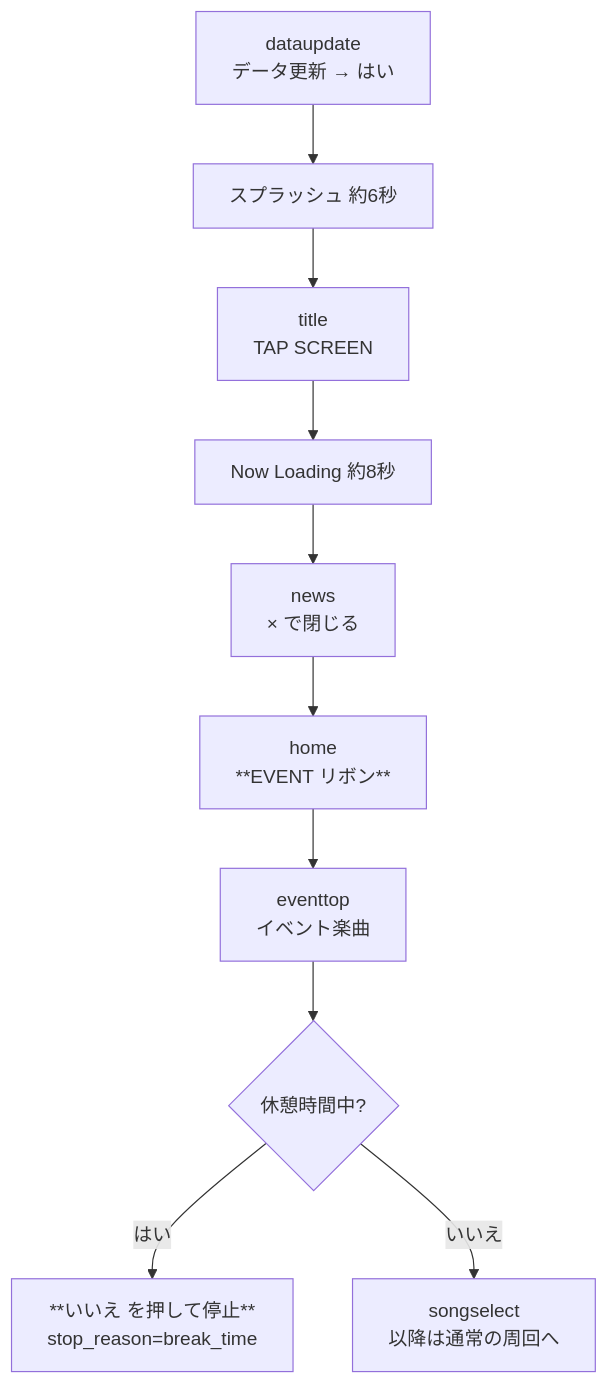
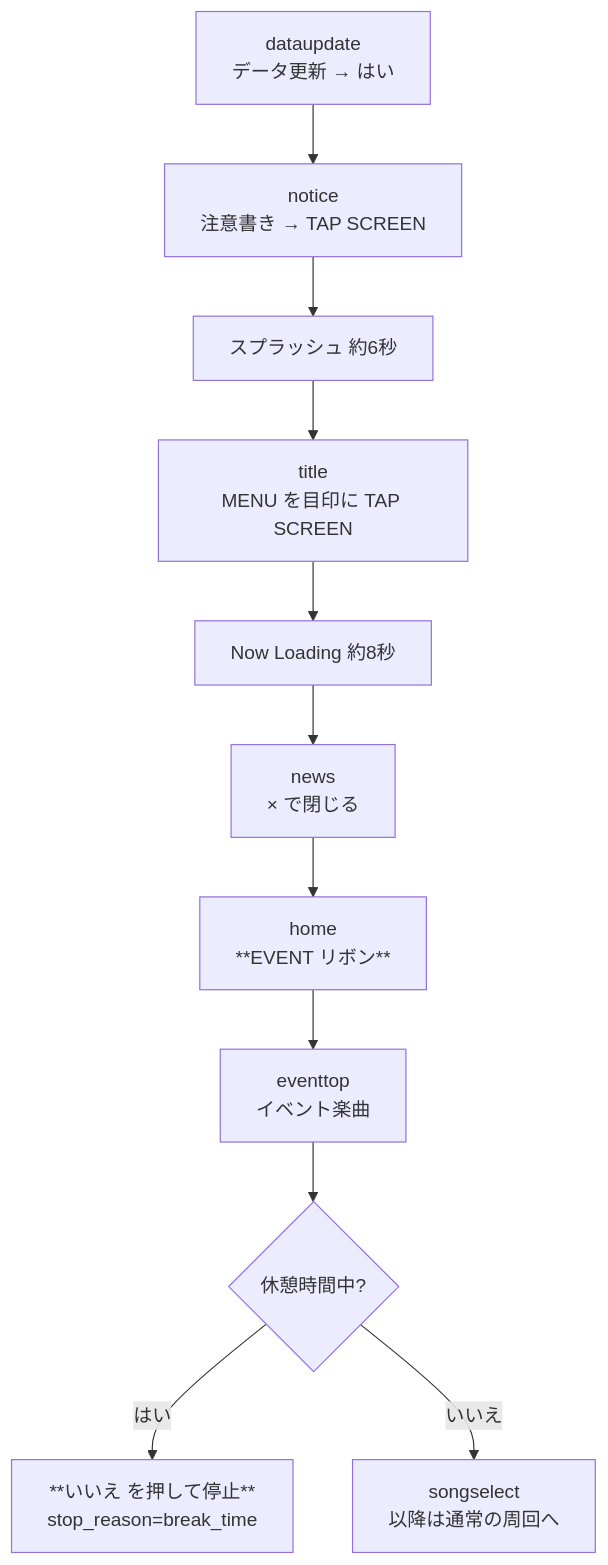
The sixth of 6 diagrams in docs/screen-flow.md (yo4raw/i7_autoplay), drawn with Mermaid before and after one commit. The commit also changed other lines of this file and 7 other files, not shown here.

````diff
--- a/docs/screen-flow.md
+++ b/docs/screen-flow.md
@@ -202,12 +203,13 @@
 ```mermaid
 flowchart TD
-    DU["dataupdate<br/>データ更新 → はい"] --> SP[スプラッシュ 約6秒]
-    SP --> T1["title<br/>TAP SCREEN"]
+    DU["dataupdate<br/>データ更新 → はい"] --> NT["notice<br/>注意書き → TAP SCREEN"]
+    NT --> SP[スプラッシュ 約6秒]
+    SP --> T1["title<br/>MENU を目印に TAP SCREEN"]
     T1 --> LD[Now Loading 約8秒]
     LD --> NW["news<br/>× で閉じる"]
     NW --> HM["home<br/>**EVENT リボン**"]
     HM --> ET["eventtop<br/>イベント楽曲"]
     ET --> BK{"休憩時間中?"}
     BK -->|はい| STOP["**いいえ を押して停止**<br/>stop_reason=break_time"]
     BK -->|いいえ| SS["songselect<br/>以降は通常の周回へ"]
 ```
````
